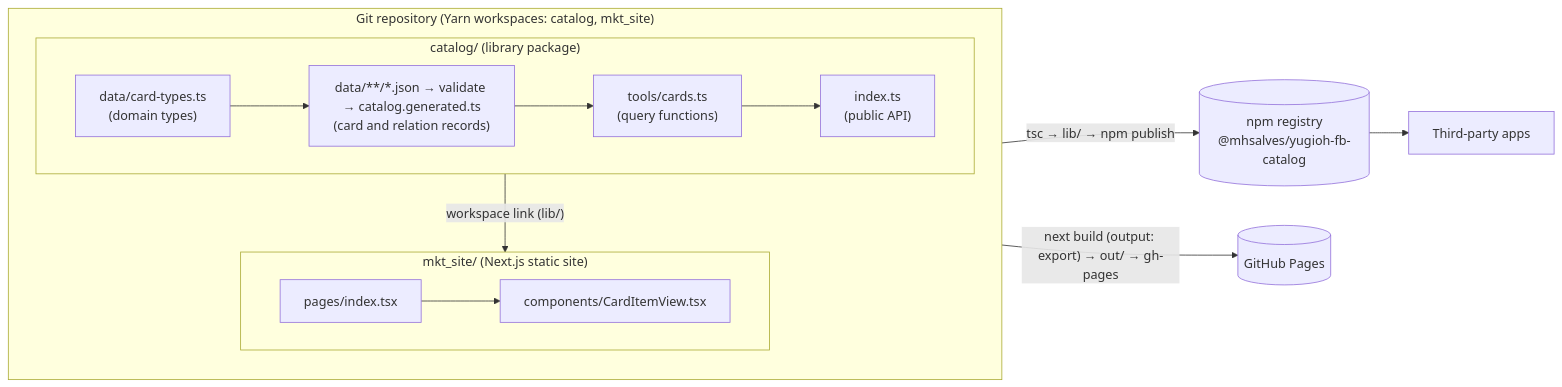
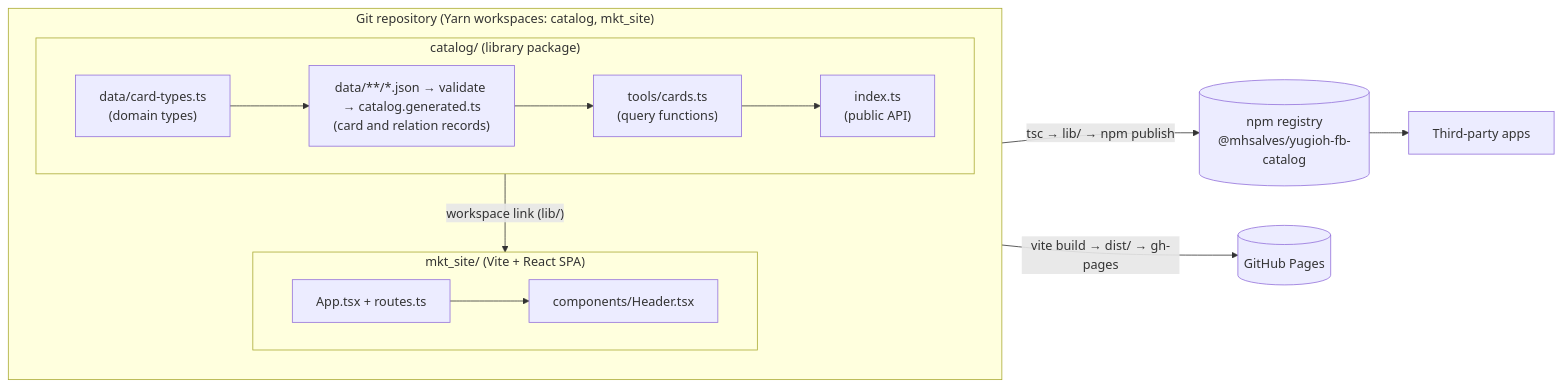
One commit to mhsalves/yugioh-fb-catalog changed the first of 4 diagrams in docs/ARCHITECTURE.md. Above: the diagram before and after it, drawn with Mermaid. The commit also changed other lines of this file and 28 other files, not shown here.

First line of the commit message:
feat(site): Replace Next.js + MUI with Vite + React and plain CSS

````diff
--- a/docs/ARCHITECTURE.md
+++ b/docs/ARCHITECTURE.md
@@ -22,23 +22,23 @@
 ```mermaid
 flowchart LR
     subgraph repo["Git repository (Yarn workspaces: catalog, mkt_site)"]
         direction TB
         subgraph catalog["catalog/ (library package)"]
             types["data/card-types.ts<br/>(domain types)"]
             data["data/**/*.json → validate → catalog.generated.ts<br/>(card and relation records)"]
             tools["tools/cards.ts<br/>(query functions)"]
             entry["index.ts<br/>(public API)"]
             types --> data --> tools --> entry
         end
-        subgraph site["mkt_site/ (Next.js static site)"]
-            page["pages/index.tsx"]
-            item["components/CardItemView.tsx"]
-            page --> item
+        subgraph site["mkt_site/ (Vite + React SPA)"]
+            app["App.tsx + routes.ts"]
+            header["components/Header.tsx"]
+            app --> header
         end
         catalog -- "workspace link (lib/)" --> site
     end
 
     catalog -- "tsc → lib/ → npm publish" --> npm[("npm registry<br/>@mhsalves/yugioh-fb-catalog")]
-    site -- "next build (output: export) → out/ → gh-pages" --> pages[("GitHub Pages")]
+    site -- "vite build → dist/ → gh-pages" --> pages[("GitHub Pages")]
     npm --> consumers["Third-party apps"]
 ```
````
